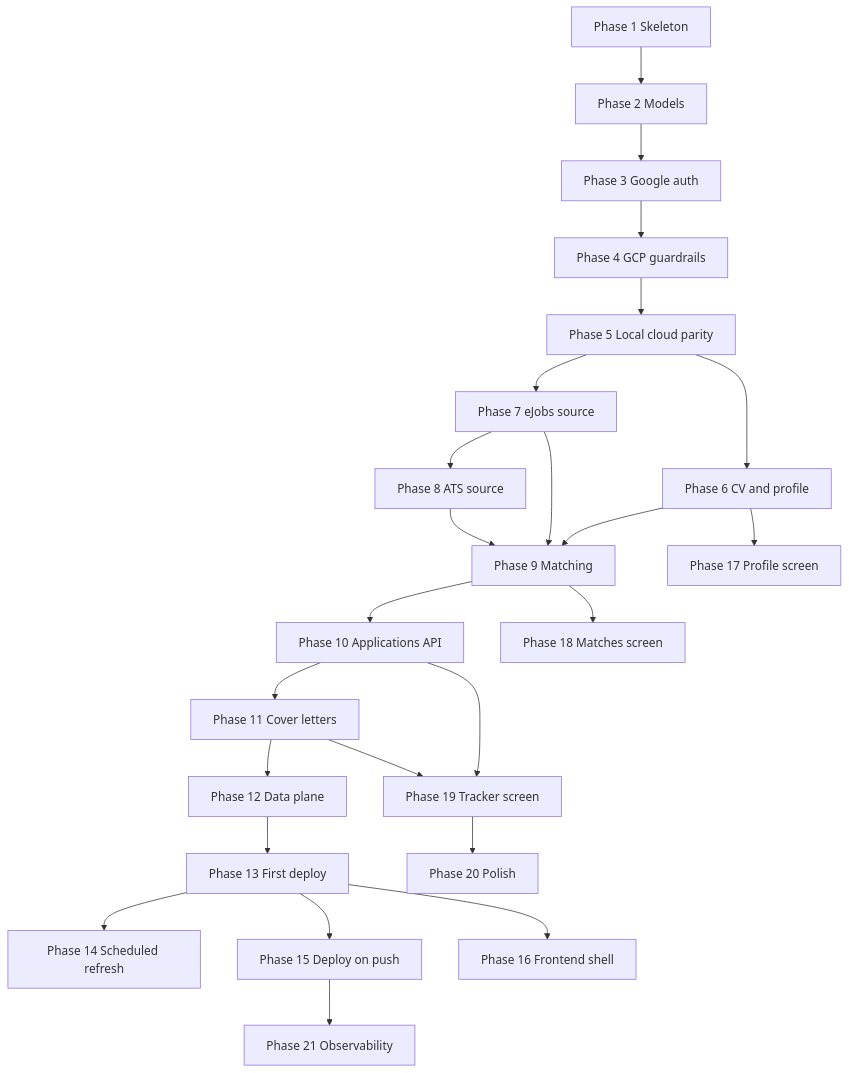
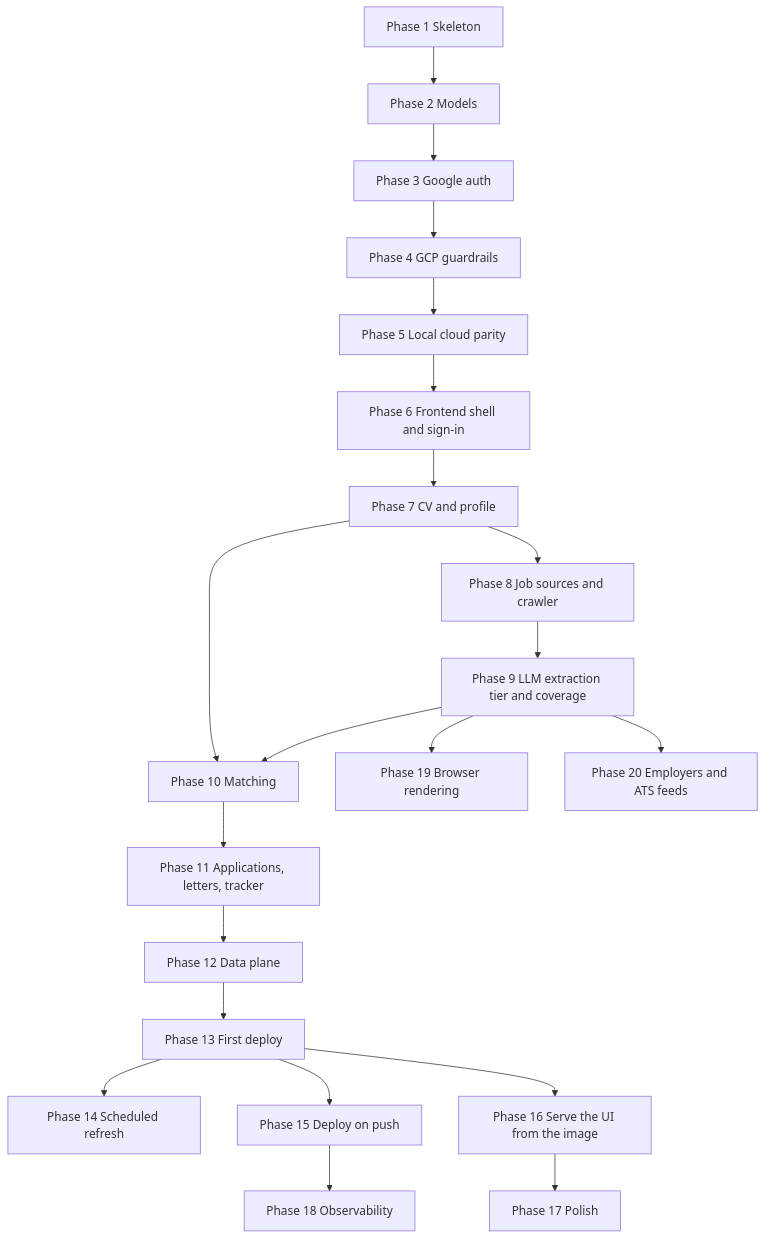
One commit to CatalinIonescu0922/LazyJobs changed the diagram in BUILD.md. Above: the diagram before and after it, drawn with Mermaid. The commit also changed other lines of this file and 4 other files, not shown here.

````diff
--- a/BUILD.md
+++ b/BUILD.md
@@ -80,26 +82,23 @@
 ```mermaid
 flowchart TD
   S1[Phase 1 Skeleton] --> S2[Phase 2 Models]
   S2 --> S3[Phase 3 Google auth]
   S3 --> S4[Phase 4 GCP guardrails]
   S4 --> S5[Phase 5 Local cloud parity]
-  S5 --> S6[Phase 6 CV and profile]
-  S5 --> S7[Phase 7 eJobs source]
-  S7 --> S8[Phase 8 ATS source]
-  S6 --> S9[Phase 9 Matching]
-  S7 --> S9
-  S8 --> S9
-  S9 --> S10[Phase 10 Applications API]
-  S10 --> S11[Phase 11 Cover letters]
+  S5 --> S6[Phase 6 Frontend shell and sign-in]
+  S6 --> S7[Phase 7 CV and profile]
+  S7 --> S8[Phase 8 Job sources and crawler]
+  S8 --> S9[Phase 9 LLM extraction tier and coverage]
+  S7 --> S10[Phase 10 Matching]
+  S9 --> S10
+  S10 --> S11[Phase 11 Applications, letters, tracker]
   S11 --> S12[Phase 12 Data plane]
   S12 --> S13[Phase 13 First deploy]
   S13 --> S14[Phase 14 Scheduled refresh]
   S13 --> S15[Phase 15 Deploy on push]
-  S13 --> S16[Phase 16 Frontend shell]
-  S6 --> S17[Phase 17 Profile screen]
-  S9 --> S18[Phase 18 Matches screen]
-  S10 --> S19[Phase 19 Tracker screen]
-  S11 --> S19
-  S19 --> S20[Phase 20 Polish]
-  S15 --> S21[Phase 21 Observability]
+  S13 --> S16[Phase 16 Serve the UI from the image]
+  S16 --> S17[Phase 17 Polish]
+  S15 --> S18[Phase 18 Observability]
+  S9 --> S19[Phase 19 Browser rendering]
+  S9 --> S20[Phase 20 Employers and ATS feeds]
 ```
````
